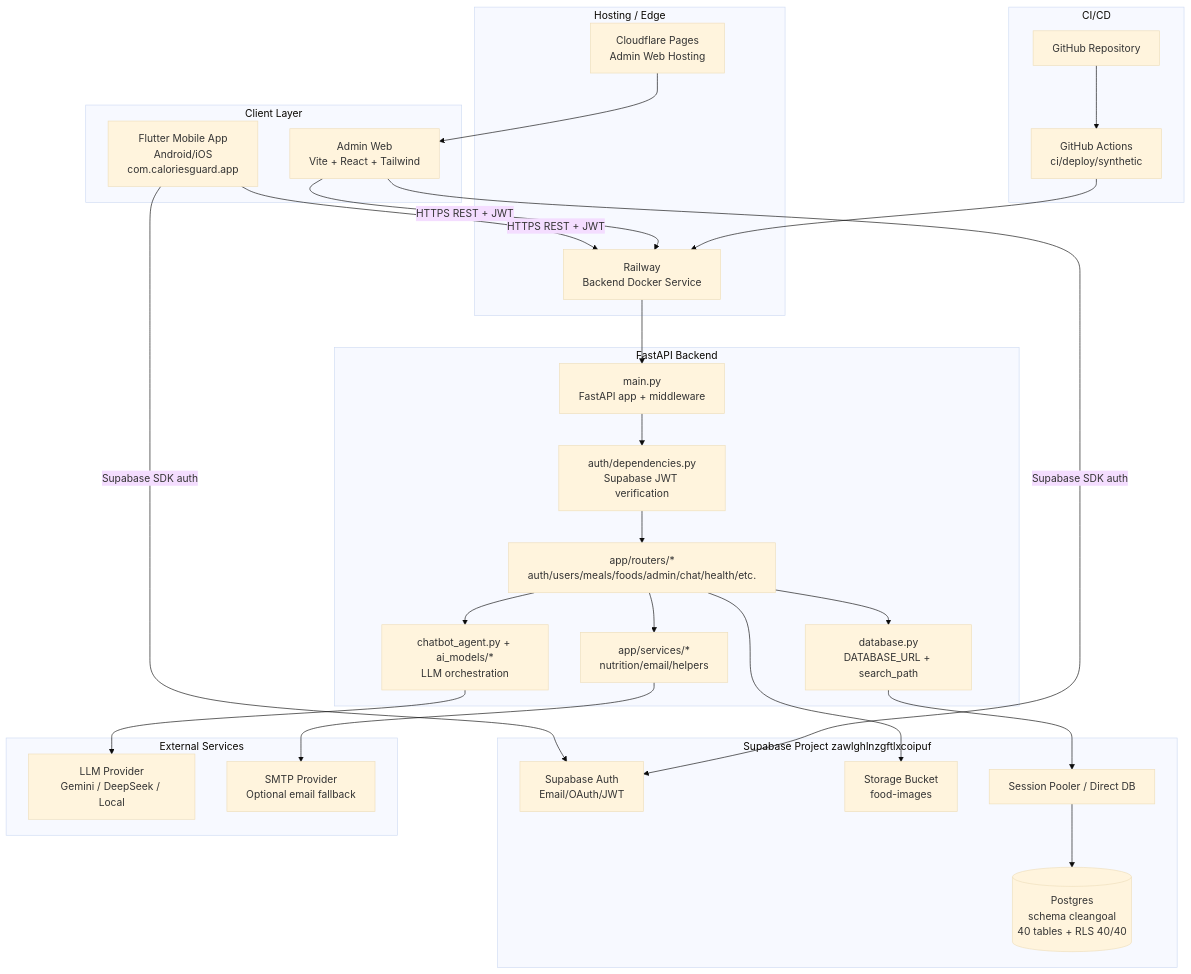
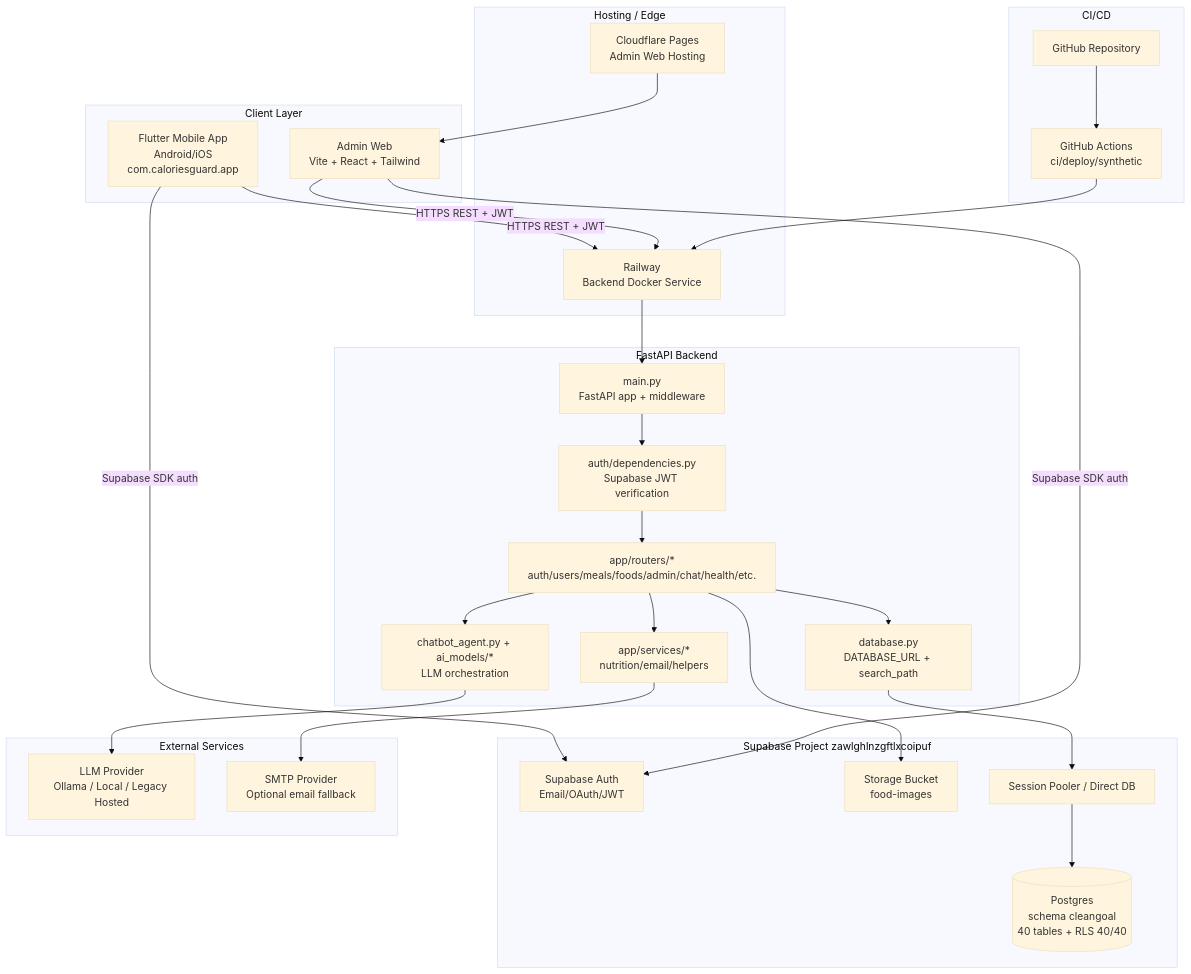
Before and after one commit to Nemoeiei/calories-guard: the first of 6 diagrams in docs/SYSTEM_ARCHITECTURE.md, drawn with Mermaid (base theme). The commit also changed other lines of this file and 18 other files, not shown here.

Commit message:
feat(ai): use Ollama as default local LLM provider

````diff
--- a/docs/SYSTEM_ARCHITECTURE.md
+++ b/docs/SYSTEM_ARCHITECTURE.md
@@ -25,51 +25,51 @@
 ```mermaid
 flowchart TB
     subgraph ClientLayer[Client Layer]
       Mobile[Flutter Mobile App<br/>Android/iOS<br/>com.caloriesguard.app]
       AdminWeb[Admin Web<br/>Vite + React + Tailwind]
     end
 
     subgraph EdgeLayer[Hosting / Edge]
       CF[Cloudflare Pages<br/>Admin Web Hosting]
       Railway[Railway<br/>Backend Docker Service]
     end
 
     subgraph BackendLayer[FastAPI Backend]
       Main[main.py<br/>FastAPI app + middleware]
       AuthDep[auth/dependencies.py<br/>Supabase JWT verification]
       Routers[app/routers/*<br/>auth/users/meals/foods/admin/chat/health/etc.]
       Services[app/services/*<br/>nutrition/email/helpers]
       AIOrch[chatbot_agent.py + ai_models/*<br/>LLM orchestration]
       DBConn[database.py<br/>DATABASE_URL + search_path]
     end
 
     subgraph SupabaseLayer[Supabase Project zawlghlnzgftlxcoipuf]
       SBAuth[Supabase Auth<br/>Email/OAuth/JWT]
       SBDB[(Postgres<br/>schema cleangoal<br/>40 tables + RLS 40/40)]
       SBStorage[Storage Bucket<br/>food-images]
       Pooler[Session Pooler / Direct DB]
     end
 
     subgraph ExternalLayer[External Services]
-      LLM[LLM Provider<br/>Gemini / DeepSeek / Local]
+      LLM[LLM Provider<br/>Ollama / Local / Legacy Hosted]
       SMTP[SMTP Provider<br/>Optional email fallback]
     end
 
     subgraph CICD[CI/CD]
       GitHub[GitHub Repository]
       Actions[GitHub Actions<br/>ci/deploy/synthetic]
     end
 
     Mobile -->|Supabase SDK auth| SBAuth
     AdminWeb -->|Supabase SDK auth| SBAuth
     Mobile -->|HTTPS REST + JWT| Railway
     AdminWeb -->|HTTPS REST + JWT| Railway
     CF --> AdminWeb
     Railway --> Main --> AuthDep --> Routers
     Routers --> Services
     Routers --> AIOrch --> LLM
     Routers --> DBConn --> Pooler --> SBDB
     Routers --> SBStorage
     Services --> SMTP
     GitHub --> Actions --> Railway
 ```
````
